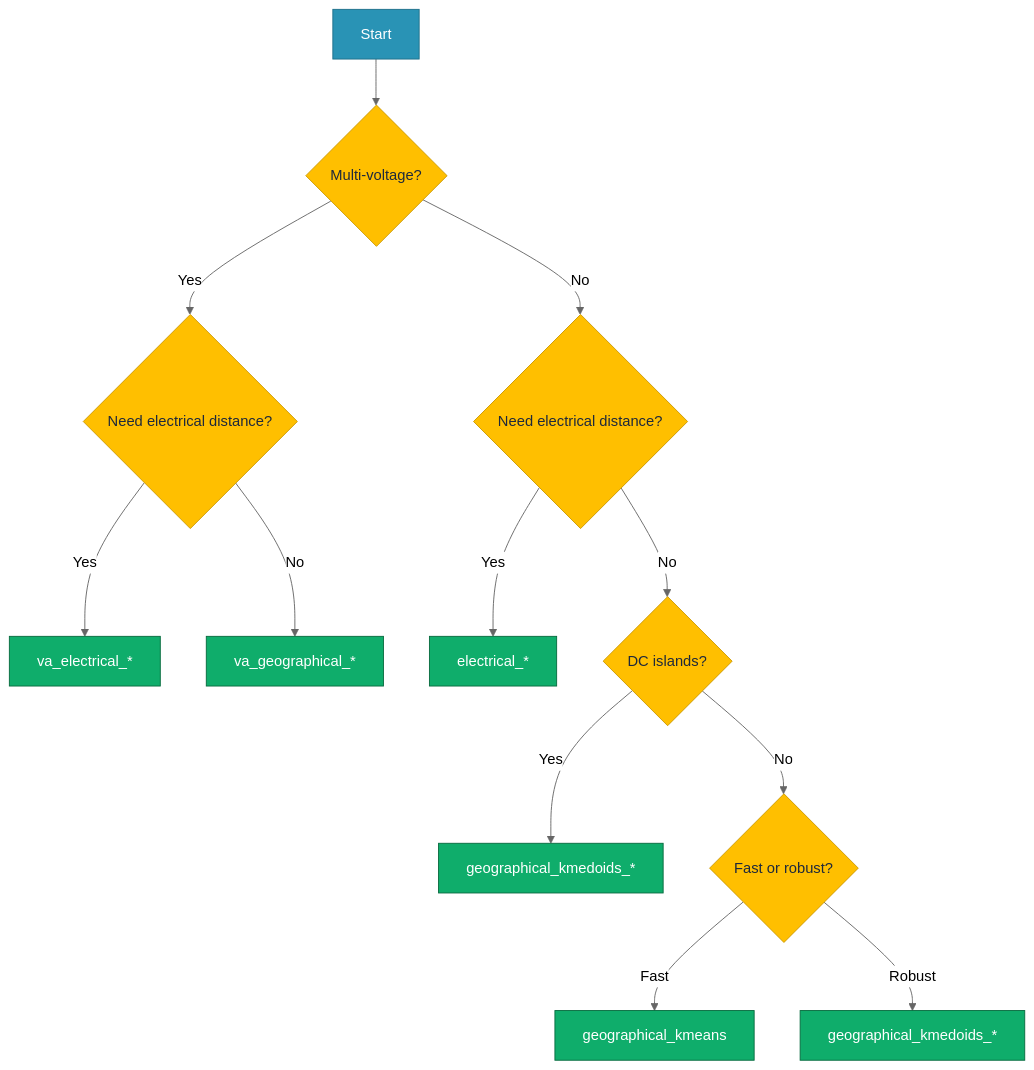
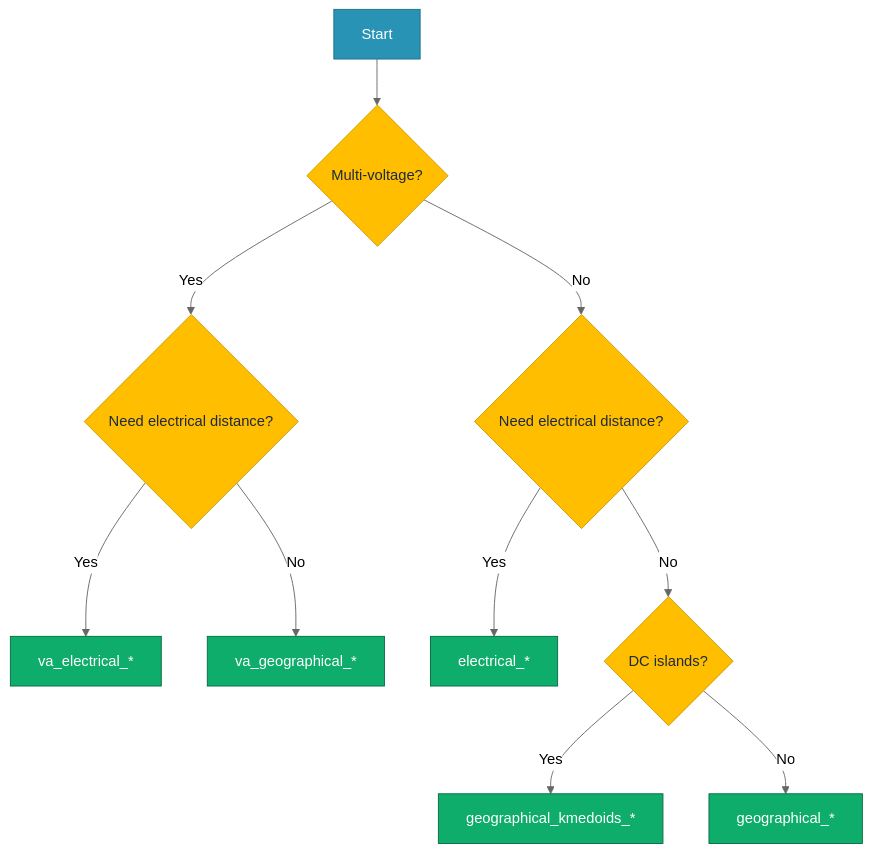
One commit to omari91/NPAP changed the third of 3 diagrams in docs/user-guide/available-strategies.md. Above: the diagram before and after it, drawn with Mermaid (neutral theme). The commit also changed other lines of this file, not shown here.

````diff
--- a/docs/user-guide/available-strategies.md
+++ b/docs/user-guide/available-strategies.md
@@ -165,27 +169,23 @@
 ```{mermaid}
 flowchart TD
     A[Start] --> B{Multi-voltage?}
     B -->|Yes| C{Need electrical distance?}
     B -->|No| D{Need electrical distance?}
     C -->|Yes| E[va_electrical_*]
     C -->|No| F[va_geographical_*]
     D -->|Yes| G[electrical_*]
     D -->|No| H{DC islands?}
     H -->|Yes| I[geographical_kmedoids_*]
-    H -->|No| J{Fast or robust?}
-    J -->|Fast| K[geographical_kmeans]
-    J -->|Robust| L[geographical_kmedoids_*]
+    H -->|No| L[geographical_*]
 
     style A fill:#2993B5,stroke:#1d6f8a,color:#fff
     style B fill:#FFBF00,stroke:#cc9900,color:#1e293b
     style C fill:#FFBF00,stroke:#cc9900,color:#1e293b
     style D fill:#FFBF00,stroke:#cc9900,color:#1e293b
     style E fill:#0fad6b,stroke:#076b3f,color:#fff
     style F fill:#0fad6b,stroke:#076b3f,color:#fff
     style G fill:#0fad6b,stroke:#076b3f,color:#fff
     style H fill:#FFBF00,stroke:#cc9900,color:#1e293b
     style I fill:#0fad6b,stroke:#076b3f,color:#fff
-    style J fill:#FFBF00,stroke:#cc9900,color:#1e293b
-    style K fill:#0fad6b,stroke:#076b3f,color:#fff
     style L fill:#0fad6b,stroke:#076b3f,color:#fff
 ```
````
